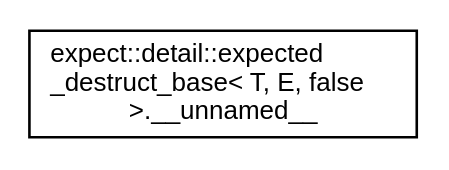
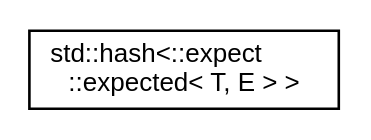
The diagram in api/latest/inherit_graph_8.dot (bitwizeshift/result), drawn with Graphviz before and after one commit. The commit also changed 198 other files, not shown here.

```diff
--- a/api/latest/inherit_graph_8.dot
+++ b/api/latest/inherit_graph_8.dot
@@ -1,7 +1,7 @@
 digraph "Graphical Class Hierarchy"
 {
   edge [fontname="Helvetica",fontsize="10",labelfontname="Helvetica",labelfontsize="10"];
   node [fontname="Helvetica",fontsize="10",shape=record];
   rankdir="LR";
-  Node0 [label="expect::detail::expected\l_destruct_base\< T, E, false\l \>.__unnamed__",height=0.2,width=0.4,color="black", fillcolor="white", style="filled",URL="$d6/dd6/unionexpect_1_1detail_1_1expected__destruct__base_3_01_t_00_01_e_00_01false_01_4_8____unnamed____.html"];
+  Node0 [label="std::hash\<::expect\l::expected\< T, E \> \>",height=0.2,width=0.4,color="black", fillcolor="white", style="filled",URL="$d1/d15/structstd_1_1hash_3_1_1expect_1_1expected_3_01_t_00_01_e_01_4_01_4.html"];
 }
```
